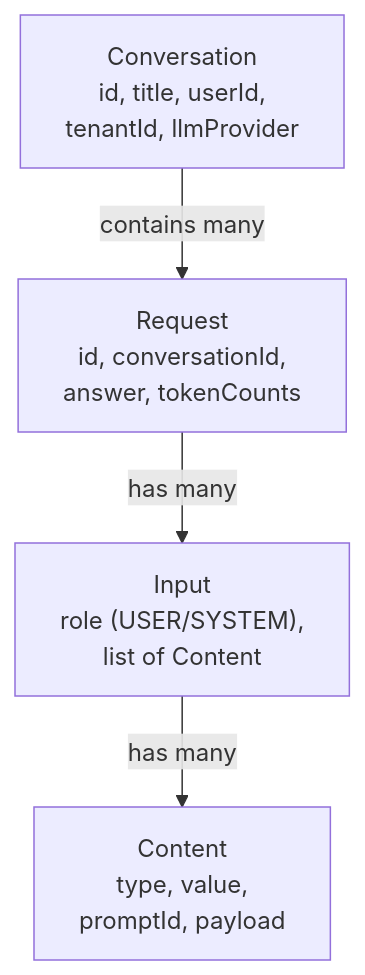
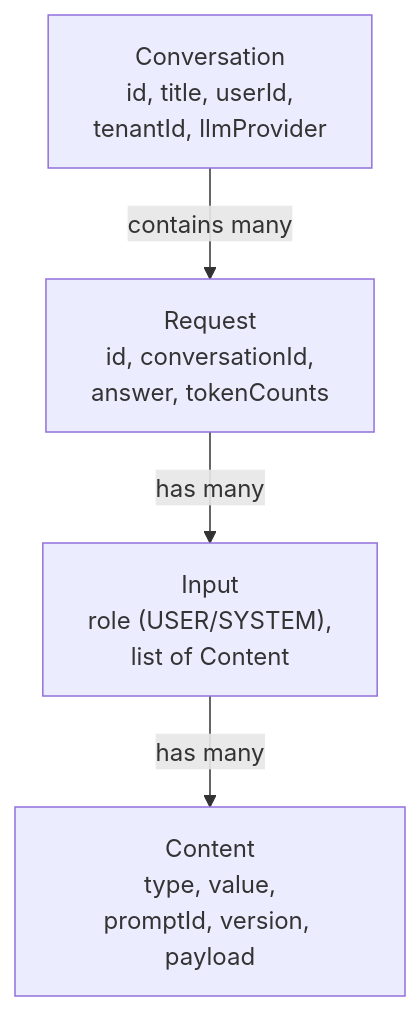
One commit to Uxopian/uxodocs changed the diagram in docs/uxopian-ai/understanding/conversations_and_requests.md. Above: the diagram before and after it, drawn with Mermaid. The commit also changed other lines of this file and 1 other file, not shown here.

Commit message:
UXOAI-288 docs(uxopian-ai): document consuming a draft prompt via Content.version
The draft/publish split's real point wasn't documented: any conversation
request can target a specific prompt version, including an unpublished
draft, by setting Content.version — not just the admin Test sub-view.
Verified against Content.java/PromptService.findServedPromptById, which
falls back to the published version only when the requested one is absent.

````diff
--- a/docs/uxopian-ai/understanding/conversations_and_requests.md
+++ b/docs/uxopian-ai/understanding/conversations_and_requests.md
@@ -15,11 +15,11 @@
 ```mermaid
 graph TD
     Conv["Conversation<br/>id, title, userId,<br/>tenantId, llmProvider"]
     Req["Request<br/>id, conversationId,<br/>answer, tokenCounts"]
     Input["Input<br/>role (USER/SYSTEM),<br/>list of Content"]
-    Content["Content<br/>type, value,<br/>promptId, payload"]
+    Content["Content<br/>type, value,<br/>promptId, version, payload"]
 
     Conv -->|"contains many"| Req
     Req -->|"has many"| Input
     Input -->|"has many"| Content
 ```
````
